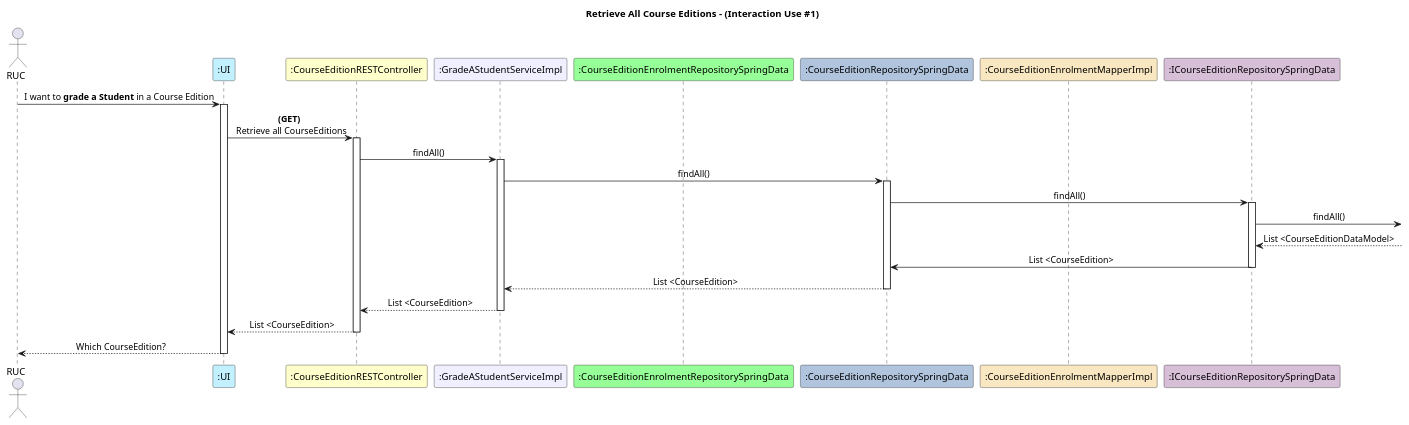
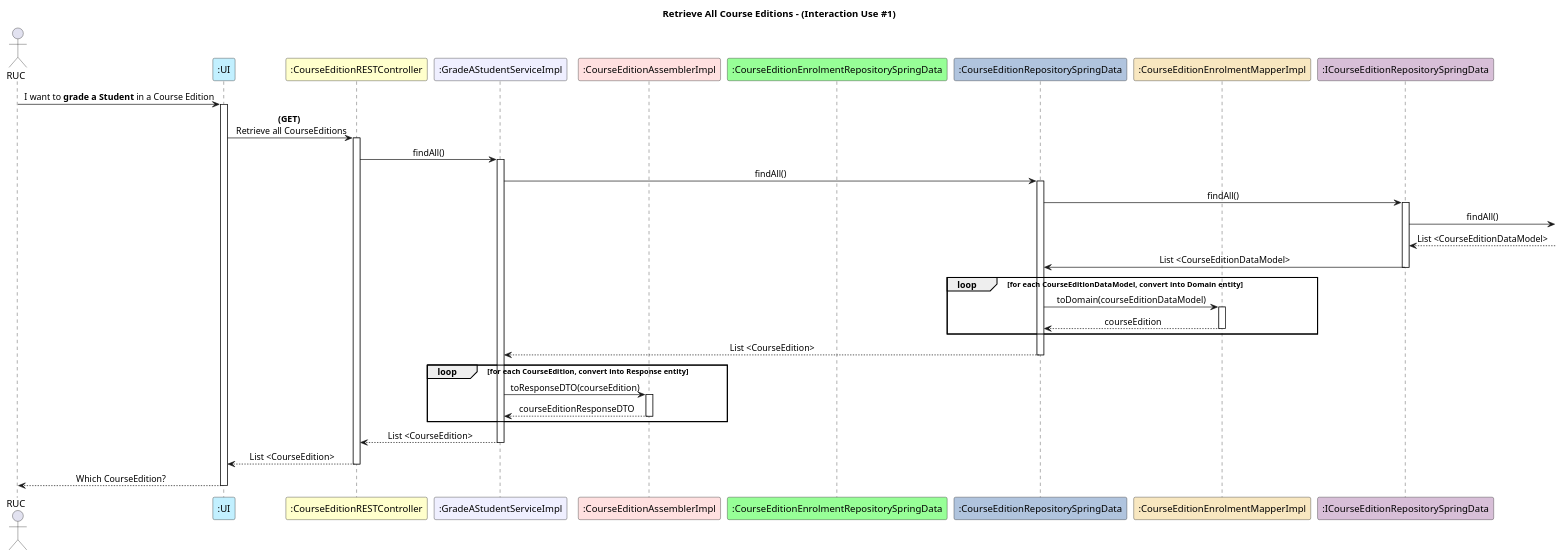
Before and after one commit to GasparISEP/DevOps-PAI: the diagram in docs/US22/REST_API/ProcessView/Interaction_Use/InteractionUse#1.puml, drawn with PlantUML. The commit also changed 9 other files, not shown here.

Commit message:
Refs #560: Elaborate Interaction Use #2 in US22  - RESTAPI documentation and made small changes to level 4 ProcessView diagram

```diff
--- a/docs/US22/REST_API/ProcessView/Interaction_Use/InteractionUse#1.puml
+++ b/docs/US22/REST_API/ProcessView/Interaction_Use/InteractionUse#1.puml
@@ -1,38 +1,56 @@
 @startuml
 
 title Retrieve All Course Editions - (Interaction Use #1)
 skinparam sequencemessagealign center
 
 actor RUC
 participant ":UI" as ui #application
 participant ":CourseEditionRESTController" as ctrlrREST #business
 participant ":GradeAStudentServiceImpl" as service #motivation
+participant ":CourseEditionAssemblerImpl" as assembler #implementation
 participant ":CourseEditionEnrolmentRepositorySpringData" as ceer #physical
 participant ":CourseEditionRepositorySpringData" as courseEditionRepo #lightsteelblue
 participant ":CourseEditionEnrolmentMapperImpl" as ceemp #strategy
 participant ":ICourseEditionRepositorySpringData" as icourseEditionRepo #thistle
 
 RUC -> ui : I want to **grade a Student** in a Course Edition
 activate ui
 ui -> ctrlrREST : **(GET)** \n Retrieve all CourseEditions
 activate ctrlrREST
 ctrlrREST -> service : findAll()
 activate service
 service -> courseEditionRepo : findAll()
 activate courseEditionRepo
 courseEditionRepo -> icourseEditionRepo : findAll()
 activate icourseEditionRepo
 icourseEditionRepo ->  : findAll()
 icourseEditionRepo <--  : List <CourseEditionDataModel>
-icourseEditionRepo -> courseEditionRepo : List <CourseEdition>
+icourseEditionRepo -> courseEditionRepo : List <CourseEditionDataModel>
 deactivate icourseEditionRepo
+
+loop for each CourseEditionDataModel, convert into Domain entity
+    courseEditionRepo -> ceemp : toDomain(courseEditionDataModel)
+    activate ceemp
+    ceemp --> courseEditionRepo : courseEdition
+    deactivate ceemp
+end
+
 courseEditionRepo --> service : List <CourseEdition>
+deactivate courseEditionRepo
+
+loop for each CourseEdition, convert into Response entity
+    service -> assembler : toResponseDTO(courseEdition)
+    activate assembler
+    assembler --> service : courseEditionResponseDTO
+    deactivate assembler
+end
+
 deactivate courseEditionRepo
 service --> ctrlrREST : List <CourseEdition>
 deactivate service
 ctrlrREST --> ui : List <CourseEdition>
 deactivate ctrlrREST
 ui --> RUC : Which CourseEdition?
 deactivate ui
 
 @enduml
```
